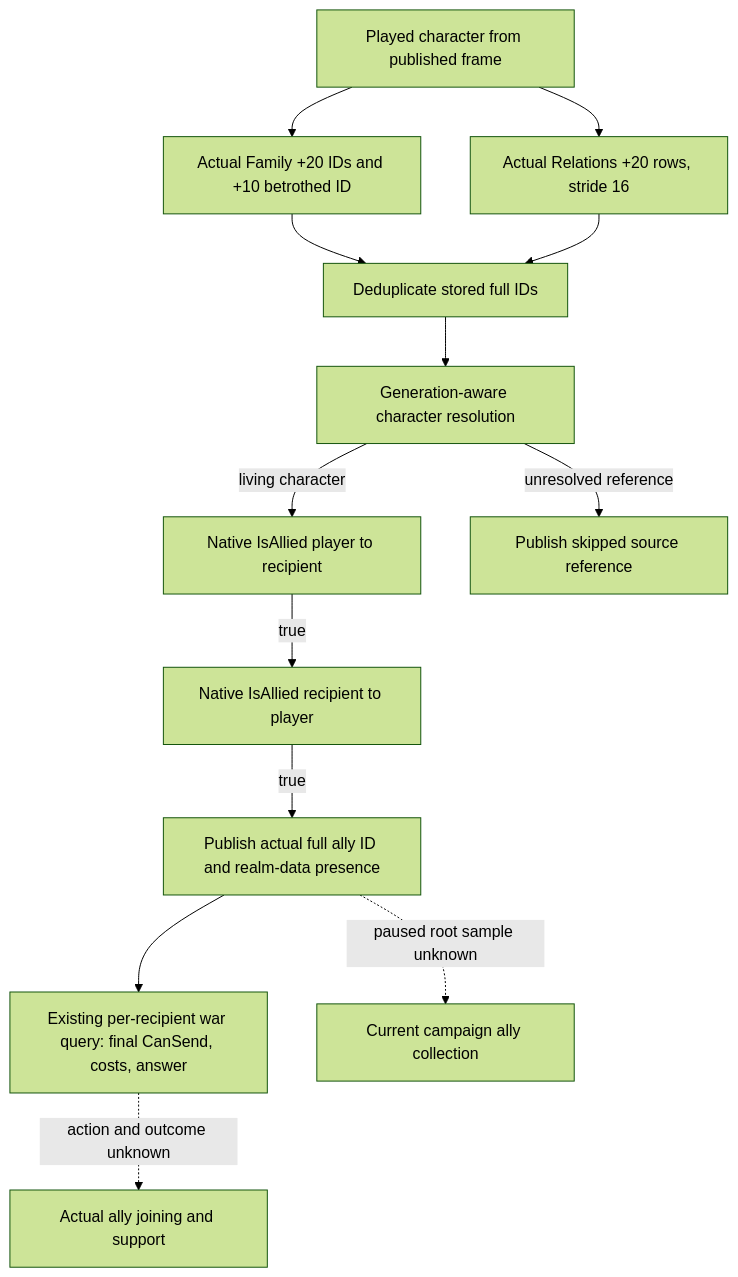
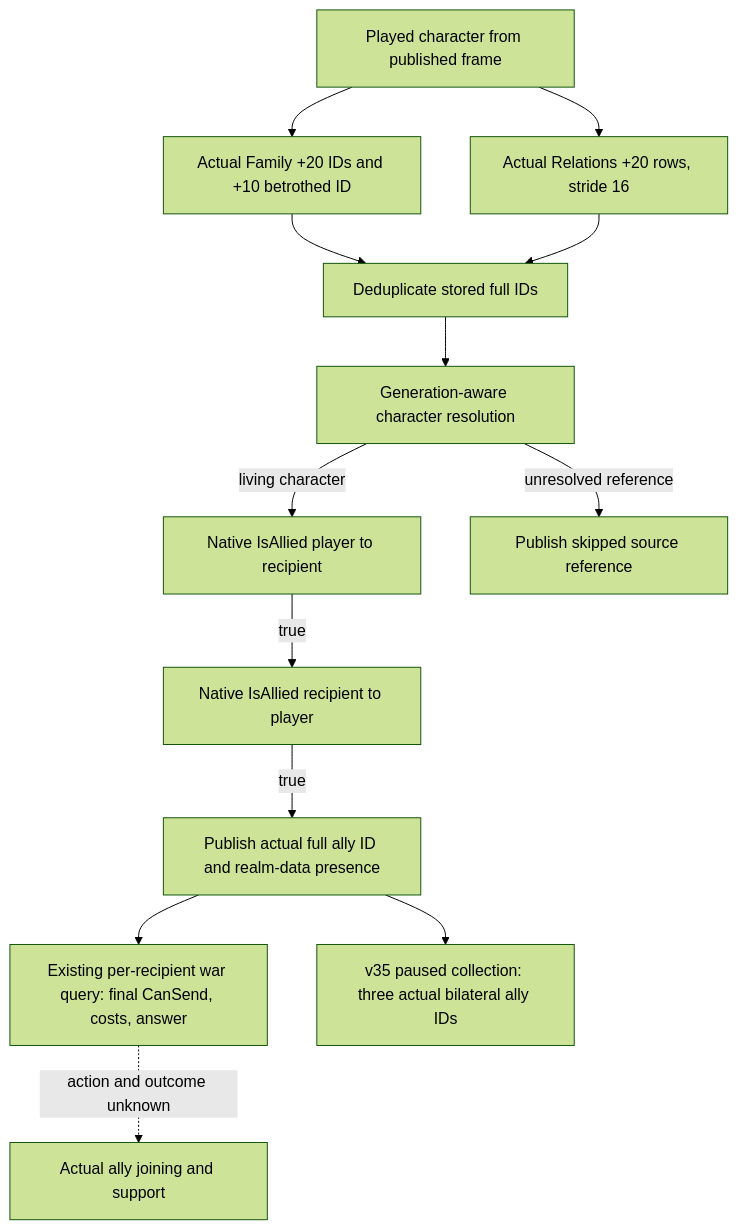
The diagram in docs/ck3-native-ai/ck3-1.20.0.3-current-ally-collection.md (XenoAmess/ck3_eternal_recurrence), drawn with Mermaid (forest theme) before and after one commit. The commit also changed other lines of this file and 27 other files, not shown here.

Commit message:
docs: adopt actual v35 observations and native call ally tree

```diff
--- a/docs/ck3-native-ai/ck3-1.20.0.3-current-ally-collection.md
+++ b/docs/ck3-native-ai/ck3-1.20.0.3-current-ally-collection.md
@@ -20,15 +20,15 @@
 ~~~mermaid
 flowchart TD
     P[Played character from published frame] --> F[Actual Family +20 IDs and +10 betrothed ID]
     P --> R[Actual Relations +20 rows, stride 16]
     F --> U[Deduplicate stored full IDs]
     R --> U
     U --> V[Generation-aware character resolution]
     V -->|living character| A[Native IsAllied player to recipient]
     V -->|unresolved reference| S[Publish skipped source reference]
     A -->|true| B[Native IsAllied recipient to player]
     B -->|true| C[Publish actual full ally ID and realm-data presence]
     C --> W[Existing per-recipient war query: final CanSend, costs, answer]
-    C -. paused root sample unknown .-> L[Current campaign ally collection]
+    C --> L[v35 paused collection: three actual bilateral ally IDs]
     W -. action and outcome unknown .-> J[Actual ally joining and support]
 ~~~
```
